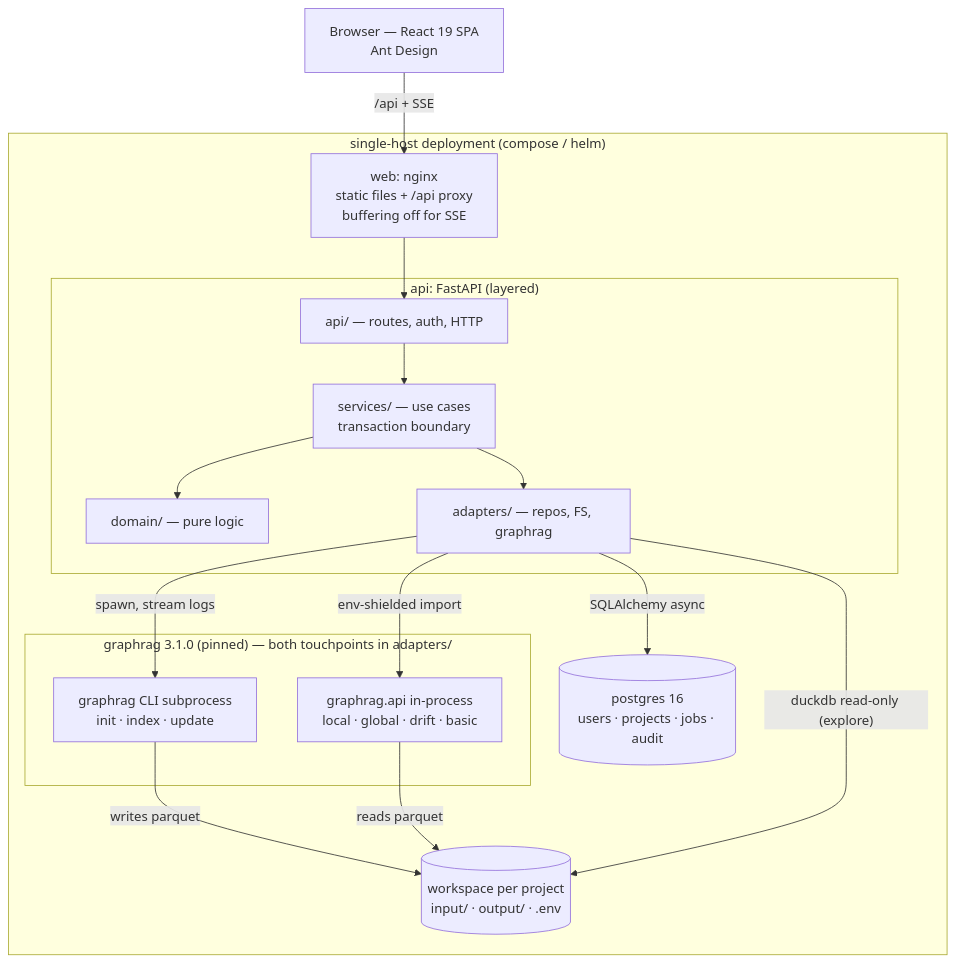
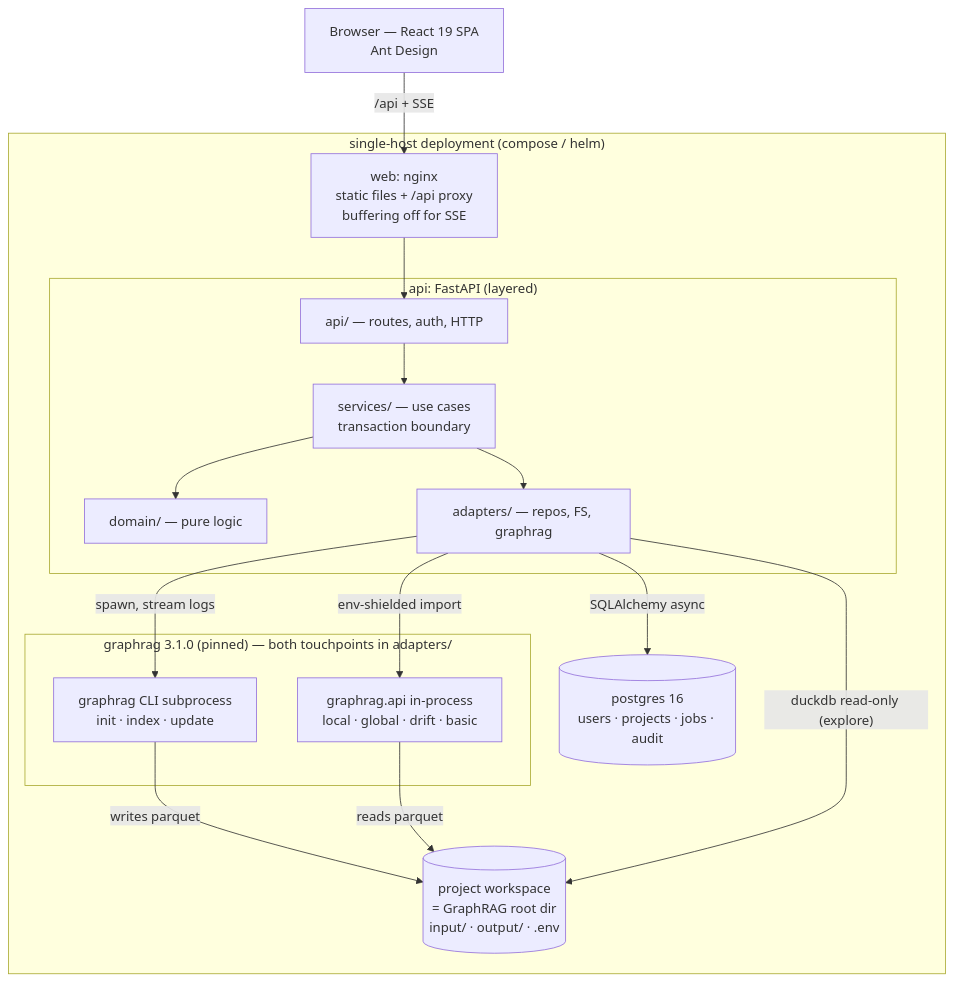
Before and after one commit to kehao-playground/graphrag-web-ui: the first of 3 diagrams in README.md, drawn with Mermaid. The commit also changed other lines of this file and 1 other file, not shown here.

First line of the commit message:
docs(readme): define workspace as the app's term for the GraphRAG root

````diff
--- a/README.md
+++ b/README.md
@@ -36,25 +37,25 @@
 ```mermaid
 graph TB
     B["Browser — React 19 SPA<br/>Ant Design"] -->|"/api + SSE"| N
     subgraph stack["single-host deployment (compose / helm)"]
         N["web: nginx<br/>static files + /api proxy<br/>buffering off for SSE"]
         subgraph API["api: FastAPI (layered)"]
             L1["api/ — routes, auth, HTTP"] --> L2["services/ — use cases<br/>transaction boundary"]
             L2 --> L3["domain/ — pure logic"]
             L2 --> L4["adapters/ — repos, FS, graphrag"]
         end
         PG[("postgres 16<br/>users · projects · jobs · audit")]
         subgraph GR["graphrag 3.1.0 (pinned) — both touchpoints in adapters/"]
             CLI["graphrag CLI subprocess<br/>init · index · update"]
             LIB["graphrag.api in-process<br/>local · global · drift · basic"]
         end
-        WS[("workspace per project<br/>input/ · output/ · .env")]
+        WS[("project workspace<br/>= GraphRAG root dir<br/>input/ · output/ · .env")]
     end
     N --> L1
     L4 -->|"SQLAlchemy async"| PG
     L4 -->|"spawn, stream logs"| CLI
     L4 -->|"env-shielded import"| LIB
     CLI -->|"writes parquet"| WS
     LIB -->|"reads parquet"| WS
     L4 -->|"duckdb read-only (explore)"| WS
 ```
````
